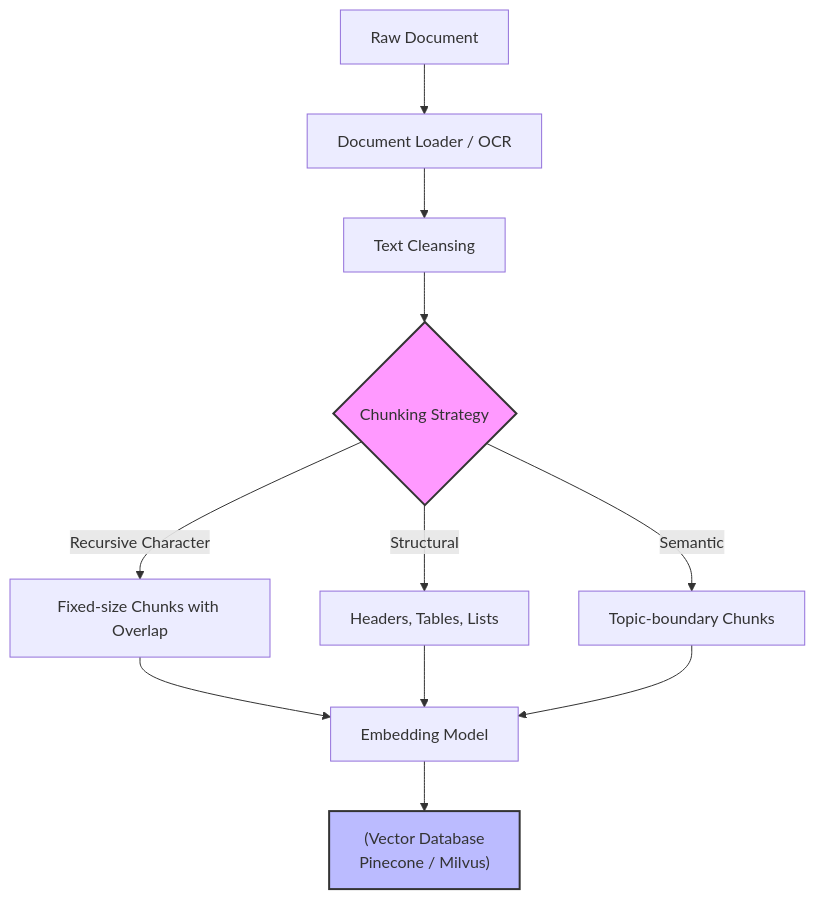
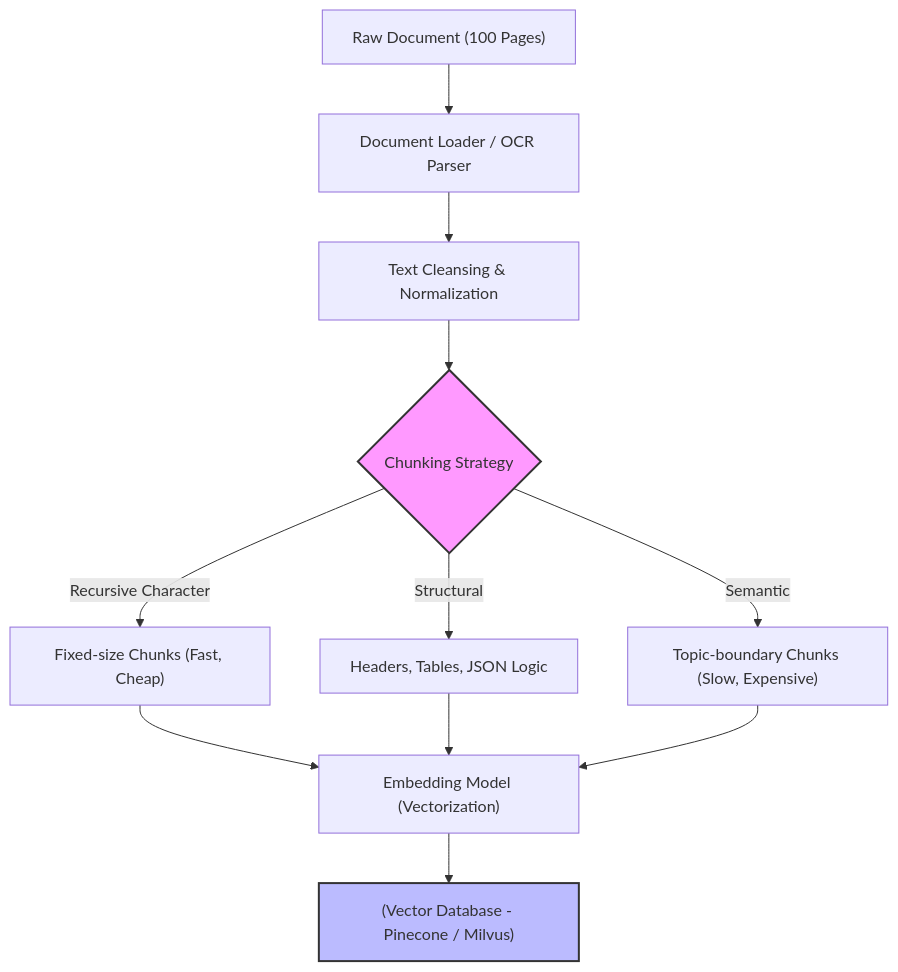
One commit to kythuatdulieu/kythuatdulieu.github.io changed the diagram in src/content/docs/concepts/9-genai-machine-learning/chunking.md. Above: the diagram before and after it, drawn with Mermaid. The commit also changed other lines of this file and 213 other files, not shown here.

Commit message:
Fix syntax and rewrite 200+ concepts docs to deep-dive system architecture and add GA4 tracking to quiz app

````diff
--- a/src/content/docs/concepts/9-genai-machine-learning/chunking.md
+++ b/src/content/docs/concepts/9-genai-machine-learning/chunking.md
@@ -27,18 +29,18 @@
 ```mermaid
 graph TD
-    A["Raw Document"] --> B["Document Loader / OCR"]
-    B --> C["Text Cleansing"]
+    A["Raw Document (100 Pages)"] --> B["Document Loader / OCR Parser"]
+    B --> C["Text Cleansing & Normalization"]
     C --> D{"Chunking Strategy"}
-    D -->|Recursive Character| E["Fixed-size Chunks with Overlap"]
-    D -->|Structural| F["Headers, Tables, Lists"]
-    D -->|Semantic| G["Topic-boundary Chunks"]
+    D -->|Recursive Character| E["Fixed-size Chunks (Fast, Cheap)"]
+    D -->|Structural| F["Headers, Tables, JSON Logic"]
+    D -->|Semantic| G["Topic-boundary Chunks (Slow, Expensive)"]
     
-    E --> H["Embedding Model"]
+    E --> H["Embedding Model (Vectorization)"]
     F --> H
     G --> H
     
-    H --> I["(Vector Database\nPinecone / Milvus)"]
+    H --> I["(Vector Database - Pinecone / Milvus)"]
     
     style D fill:#f9f,stroke:#333,stroke-width:2px
     style I fill:#bbf,stroke:#333,stroke-width:2px
 ```
````
